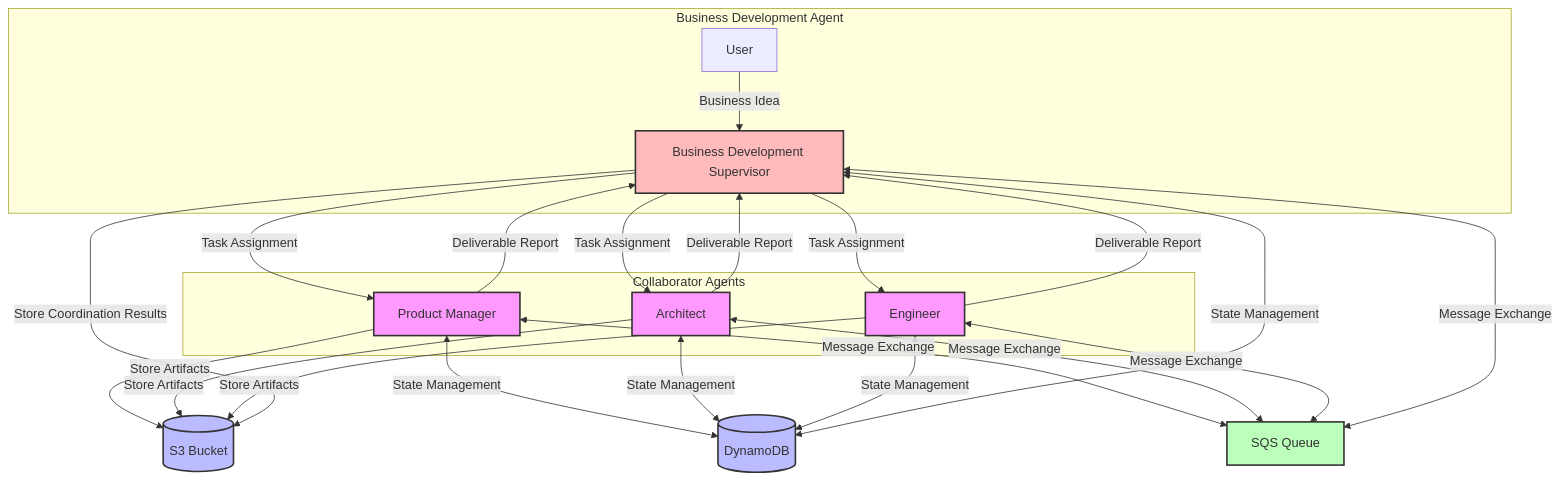
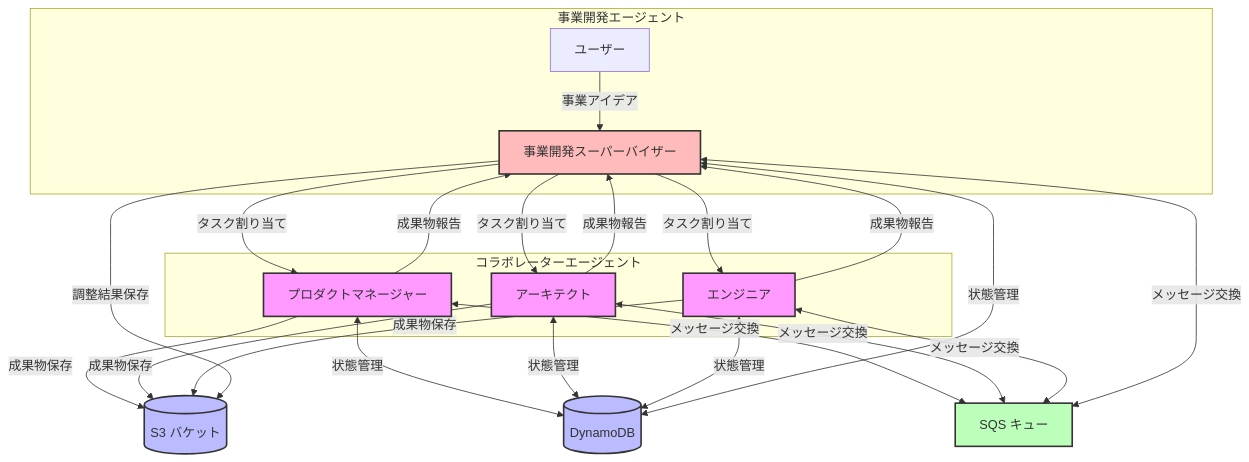
One commit to aws-samples/multi-agent-samples-jp changed the first of 10 diagrams in README.md. Above: the diagram before and after it, drawn with Mermaid. The commit also changed other lines of this file and 2 other files, not shown here.

````diff
--- a/README.md
+++ b/README.md
@@ -35,55 +34,55 @@
 ```mermaid
 graph TD
     
-    S3[(S3 Bucket)]
+    S3[(S3 バケット)]
     DDB[(DynamoDB)]
-    SQS[SQS Queue]
+    SQS[SQS キュー]
 
-    subgraph "Business Development Agent"
-        User[User] --> |Business Idea| SV[Business Development Supervisor]
+    subgraph "事業開発エージェント"
+        User[ユーザー] --> |事業アイデア| SV[事業開発スーパーバイザー]
     end
 
-    subgraph "Collaborator Agents"
-        PDM[Product Manager]
-        ARCH[Architect]
-        ENG[Engineer]
+    subgraph "コラボレーターエージェント"
+        PDM[プロダクトマネージャー]
+        ARCH[アーキテクト]
+        ENG[エンジニア]
     end
     
-    SV --> |Task Assignment| PDM
-    SV --> |Task Assignment| ARCH
-    SV --> |Task Assignment| ENG
+    SV --> |タスク割り当て| PDM
+    SV --> |タスク割り当て| ARCH
+    SV --> |タスク割り当て| ENG
     
-    PDM --> |Deliverable Report| SV
-    ARCH --> |Deliverable Report| SV
-    ENG --> |Deliverable Report| SV
+    PDM --> |成果物報告| SV
+    ARCH --> |成果物報告| SV
+    ENG --> |成果物報告| SV
     
     
-    %% Agent and Storage Relationship
-    PDM --> |Store Artifacts| S3
-    ARCH --> |Store Artifacts| S3
-    ENG --> |Store Artifacts| S3
-    SV --> |Store Coordination Results| S3
+    %% エージェントとストレージの関係
+    PDM --> |成果物保存| S3
+    ARCH --> |成果物保存| S3
+    ENG --> |成果物保存| S3
+    SV --> |調整結果保存| S3
     
-    %% Agent and Database Relationship
-    PDM <--> |State Management| DDB
-    ARCH <--> |State Management| DDB
-    ENG <--> |State Management| DDB
-    SV <--> |State Management| DDB
+    %% エージェントとデータベースの関係
+    PDM <--> |状態管理| DDB
+    ARCH <--> |状態管理| DDB
+    ENG <--> |状態管理| DDB
+    SV <--> |状態管理| DDB
     
-    %% Inter-agent Communication
-    PDM <--> |Message Exchange| SQS
-    ARCH <--> |Message Exchange| SQS
-    ENG <--> |Message Exchange| SQS
-    SV <--> |Message Exchange| SQS
+    %% エージェント間通信
+    PDM <--> |メッセージ交換| SQS
+    ARCH <--> |メッセージ交換| SQS
+    ENG <--> |メッセージ交換| SQS
+    SV <--> |メッセージ交換| SQS
     
     classDef agents fill:#f9f,stroke:#333,stroke-width:2px;
     classDef storage fill:#bbf,stroke:#333,stroke-width:2px;
     classDef messaging fill:#bfb,stroke:#333,stroke-width:2px;
     classDef workflow fill:#fbb,stroke:#333,stroke-width:2px;
     classDef supervisor fill:#ff9,stroke:#333,stroke-width:3px;
     
     class PDM,ARCH,ENG,CA agents;
     class S3,DDB storage;
     class SQS,SNS,EB,CF messaging;
     class SFN,CFNFA,SV workflow;
 ```
````
